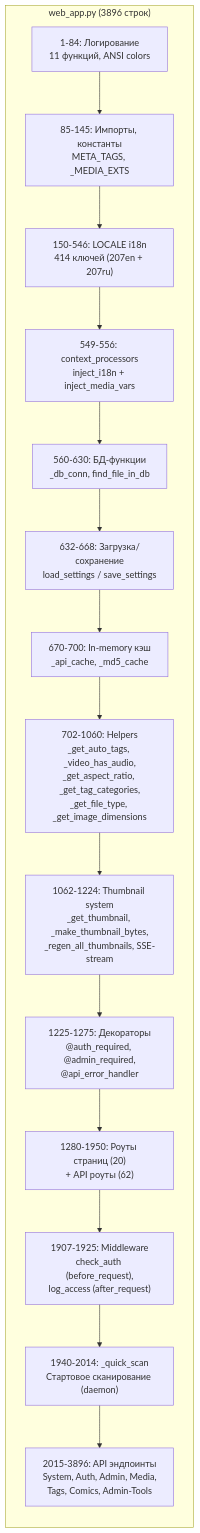
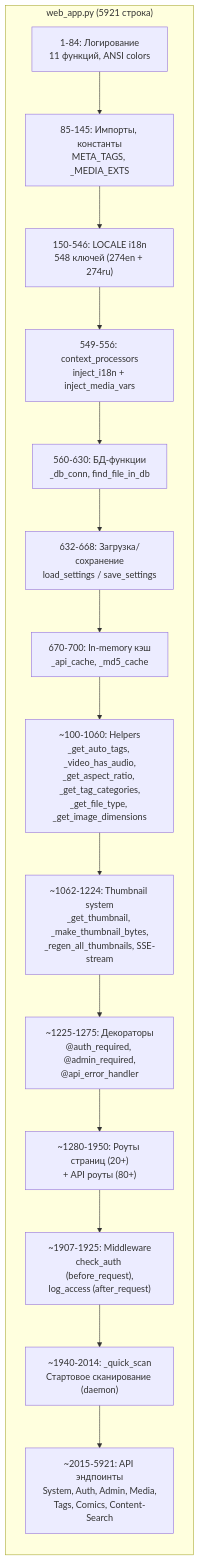
The fourth of 13 diagrams in docs/code-guide.md (levpr1c/MediaVault), drawn with Mermaid before and after one commit. The commit also changed other lines of this file and 21 other files, not shown here.

````diff
--- a/docs/code-guide.md
+++ b/docs/code-guide.md
@@ -541,18 +562,18 @@
 ```mermaid
 flowchart LR
-    subgraph "web_app.py (3896 строк)"
+    subgraph "web_app.py (5921 строка)"
         A["1-84: Логирование\n11 функций, ANSI colors"] --> B["85-145: Импорты, константы\nMETA_TAGS, _MEDIA_EXTS"]
-        B --> C["150-546: LOCALE i18n\n414 ключей (207en + 207ru)"]
+        B --> C["150-546: LOCALE i18n\n548 ключей (274en + 274ru)"]
         C --> D["549-556: context_processors\ninject_i18n + inject_media_vars"]
         D --> E["560-630: БД-функции\n_db_conn, find_file_in_db"]
         E --> F["632-668: Загрузка/сохранение\nload_settings / save_settings"]
         F --> G["670-700: In-memory кэш\n_api_cache, _md5_cache"]
-        G --> H["702-1060: Helpers\n_get_auto_tags, _video_has_audio,\n_get_aspect_ratio, _get_tag_categories,\n_get_file_type, _get_image_dimensions"]
-        H --> I["1062-1224: Thumbnail system\n_get_thumbnail, _make_thumbnail_bytes,\n_regen_all_thumbnails, SSE-stream"]
-        I --> J["1225-1275: Декораторы\n@auth_required, @admin_required,\n@api_error_handler"]
-        J --> K["1280-1950: Роуты страниц (20)\n+ API роуты (62)"]
-        K --> L["1907-1925: Middleware\ncheck_auth (before_request),\nlog_access (after_request)"]
-        L --> M["1940-2014: _quick_scan\nСтартовое сканирование (daemon)"]
-        M --> N["2015-3896: API эндпоинты\nSystem, Auth, Admin, Media,\nTags, Comics, Admin-Tools"]
+        G --> H["~100-1060: Helpers\n_get_auto_tags, _video_has_audio,\n_get_aspect_ratio, _get_tag_categories,\n_get_file_type, _get_image_dimensions"]
+        H --> I["~1062-1224: Thumbnail system\n_get_thumbnail, _make_thumbnail_bytes,\n_regen_all_thumbnails, SSE-stream"]
+        I --> J["~1225-1275: Декораторы\n@auth_required, @admin_required,\n@api_error_handler"]
+        J --> K["~1280-1950: Роуты страниц (20+)\n+ API роуты (80+)"]
+        K --> L["~1907-1925: Middleware\ncheck_auth (before_request),\nlog_access (after_request)"]
+        L --> M["~1940-2014: _quick_scan\nСтартовое сканирование (daemon)"]
+        M --> N["~2015-5921: API эндпоинты\nSystem, Auth, Admin, Media,\nTags, Comics, Content-Search"]
     end
 ```
````
